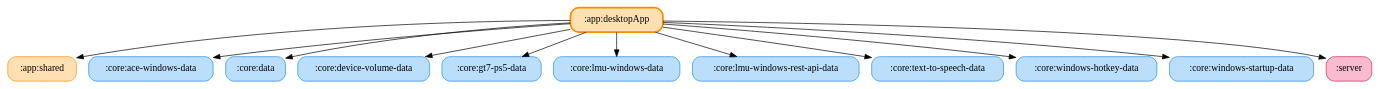
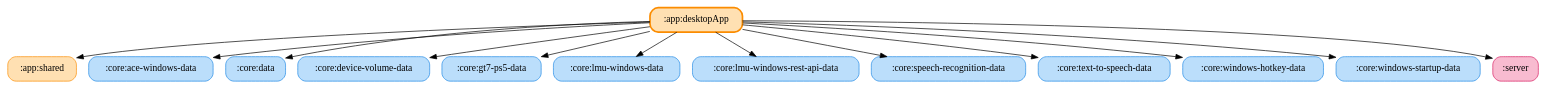
The diagram in docs/graphs/app-desktopApp.gv (ai-kurou/KoDriver), drawn with Graphviz before and after one commit. The commit also changed 9 other files, not shown here.

Commit message:
chore: update module graph images

```diff
--- a/docs/graphs/app-desktopApp.gv
+++ b/docs/graphs/app-desktopApp.gv
@@ -1,27 +1,29 @@
 digraph G {
   rankdir=TB
   node [shape=box, style="rounded,filled"]
   ":app:desktopApp" [fillcolor="#FFE0B2", color="#FB8C00", penwidth=2.5]
   ":app:shared" [fillcolor="#FFE0B2", color="#FB8C00", penwidth=1]
   ":core:ace-windows-data" [fillcolor="#BBDEFB", color="#1E88E5", penwidth=1]
   ":core:data" [fillcolor="#BBDEFB", color="#1E88E5", penwidth=1]
   ":core:device-volume-data" [fillcolor="#BBDEFB", color="#1E88E5", penwidth=1]
   ":core:gt7-ps5-data" [fillcolor="#BBDEFB", color="#1E88E5", penwidth=1]
   ":core:lmu-windows-data" [fillcolor="#BBDEFB", color="#1E88E5", penwidth=1]
   ":core:lmu-windows-rest-api-data" [fillcolor="#BBDEFB", color="#1E88E5", penwidth=1]
+  ":core:speech-recognition-data" [fillcolor="#BBDEFB", color="#1E88E5", penwidth=1]
   ":core:text-to-speech-data" [fillcolor="#BBDEFB", color="#1E88E5", penwidth=1]
   ":core:windows-hotkey-data" [fillcolor="#BBDEFB", color="#1E88E5", penwidth=1]
   ":core:windows-startup-data" [fillcolor="#BBDEFB", color="#1E88E5", penwidth=1]
   ":server" [fillcolor="#F8BBD0", color="#D81B60", penwidth=1]
   ":app:desktopApp" -> ":app:shared"
   ":app:desktopApp" -> ":core:data"
   ":app:desktopApp" -> ":core:lmu-windows-data"
   ":app:desktopApp" -> ":core:lmu-windows-rest-api-data"
   ":app:desktopApp" -> ":core:gt7-ps5-data"
   ":app:desktopApp" -> ":core:ace-windows-data"
   ":app:desktopApp" -> ":core:device-volume-data"
+  ":app:desktopApp" -> ":core:speech-recognition-data"
   ":app:desktopApp" -> ":core:text-to-speech-data"
   ":app:desktopApp" -> ":core:windows-startup-data"
   ":app:desktopApp" -> ":core:windows-hotkey-data"
   ":app:desktopApp" -> ":server"
 }
```
